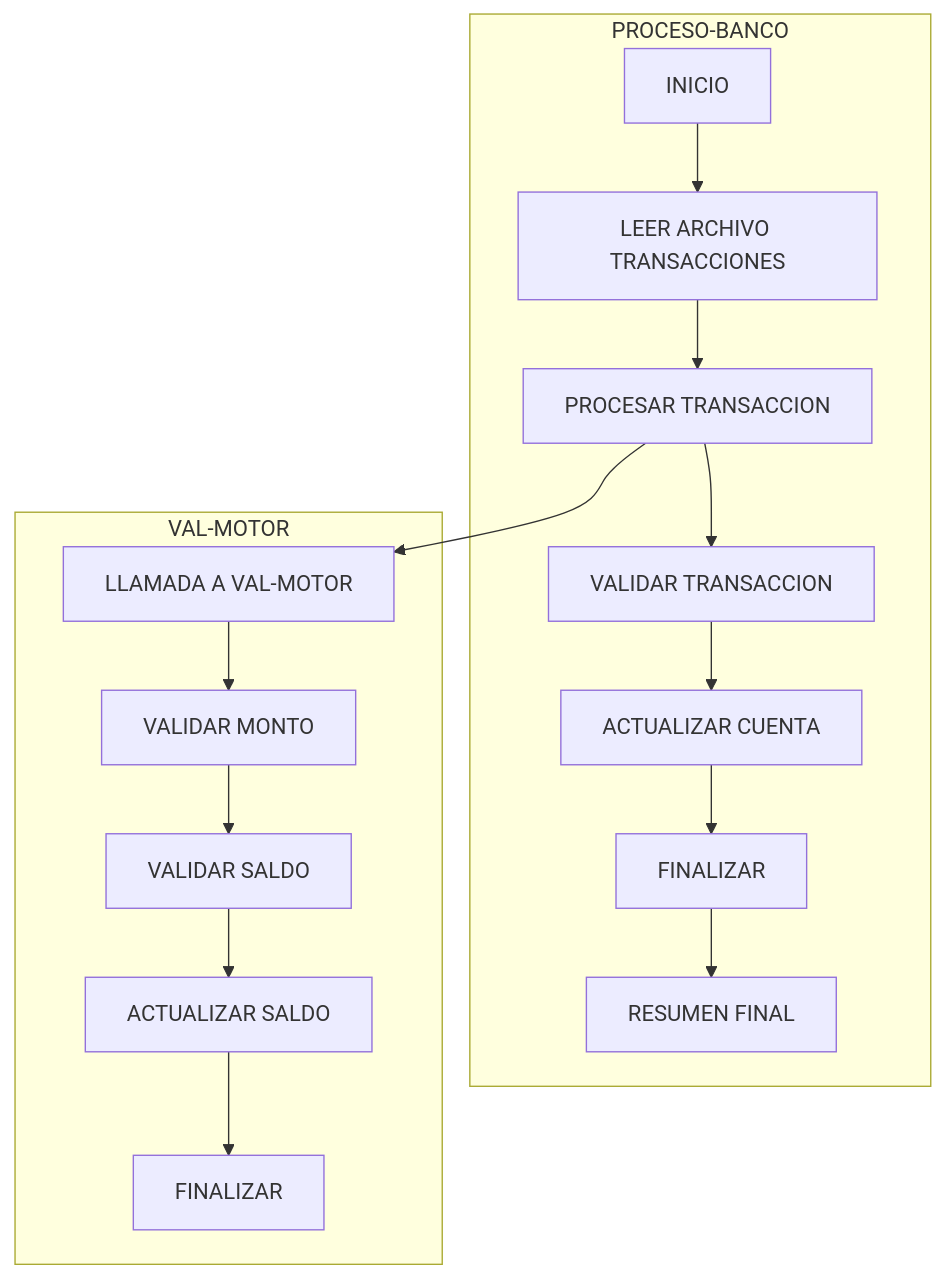
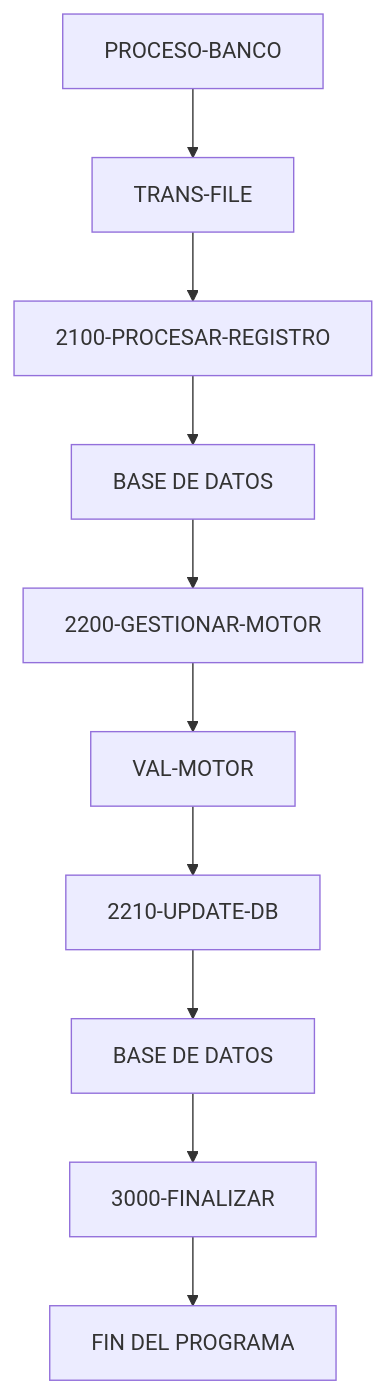
Before and after one commit to hexaforce66/newCodesChall: the diagram in sistema_consolidado/README.md, drawn with Mermaid. The commit also changed other lines of this file, not shown here.

````diff
--- a/sistema_consolidado/README.md
+++ b/sistema_consolidado/README.md
@@ -77,20 +76,12 @@
 ```mermaid
 graph TD
-subgraph PROCESO-BANCO
-        A[INICIO] --> B[LEER ARCHIVO TRANSACCIONES]
-        B --> C[PROCESAR TRANSACCION]
-        C --> D[VALIDAR TRANSACCION]
-        D --> E[ACTUALIZAR CUENTA]
-        E --> F[FINALIZAR]
-        F --> G[RESUMEN FINAL]
-    end
-
-    subgraph VAL-MOTOR
-        H[VALIDAR Y CALCULAR] --> I[VALIDAR MONTO]
-        I --> J[VALIDAR SALDO]
-        J --> K[ACTUALIZAR SALDO]
-        K --> L[FINALIZAR]
-    end
-
-    C --> H[LLAMADA A VAL-MOTOR]
+A[PROCESO-BANCO] --> B[TRANS-FILE]
+    B --> C[2100-PROCESAR-REGISTRO]
+    C --> D[BASE DE DATOS]
+    D --> E[2200-GESTIONAR-MOTOR]
+    E --> F[VAL-MOTOR]
+    F --> G[2210-UPDATE-DB]
+    G --> H[BASE DE DATOS]
+    H --> I[3000-FINALIZAR]
+    I --> J[FIN DEL PROGRAMA]
 ```
````
